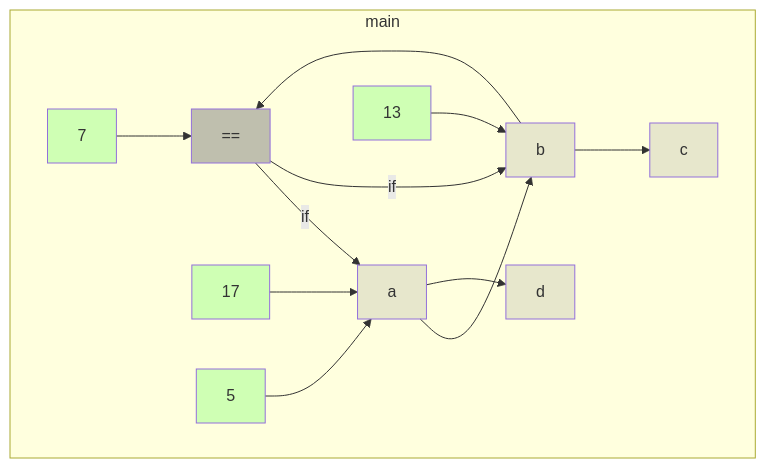
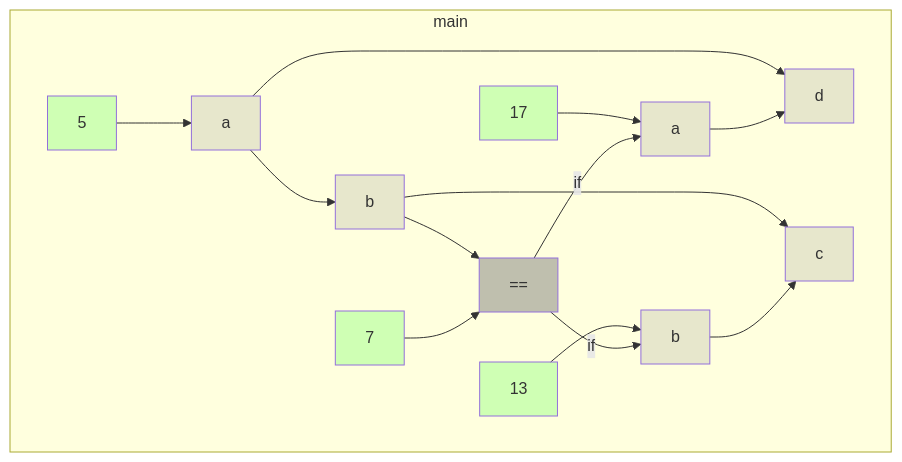
Before and after one commit to gstiebler/codeflow: the diagram in app/src/test/resources/if1/spike-truth.md, drawn with Mermaid. The commit also changed 46 other files, not shown here.

````diff
--- a/app/src/test/resources/if1/spike-truth.md
+++ b/app/src/test/resources/if1/spike-truth.md
@@ -3,31 +3,35 @@
 ```mermaid
 flowchart TD
   subgraph m0["main"]
     n0["=="]:::BIN_OP
     n1["13"]:::LITERAL
     n2["17"]:::LITERAL
     n3["5"]:::LITERAL
     n4["7"]:::LITERAL
     n5["a"]:::VARIABLE
-    n6["b"]:::VARIABLE
-    n7["c"]:::VARIABLE
-    n8["d"]:::VARIABLE
+    n6["a"]:::VARIABLE
+    n7["b"]:::VARIABLE
+    n8["b"]:::VARIABLE
+    n9["c"]:::VARIABLE
+    n10["d"]:::VARIABLE
   end
   n0 -->|if| n5
-  n0 -->|if| n6
-  n1 --> n6
+  n0 -->|if| n7
+  n1 --> n7
   n2 --> n5
-  n3 --> n5
+  n3 --> n6
   n4 --> n0
-  n5 --> n6
-  n5 --> n8
-  n6 --> n0
-  n6 --> n7
+  n5 --> n10
+  n6 --> n10
+  n6 --> n8
+  n7 --> n9
+  n8 --> n0
+  n8 --> n9
   classDef LITERAL fill:#00FF0030
   classDef VARIABLE fill:#80808030
   classDef BIN_OP fill:#80808080
   classDef FUNC_PARAM fill:#8080FF30
   classDef RETURN fill:#FF808080
   classDef EXTERNAL fill:#FFA50040
   classDef UNMODELLED fill:#FF000030,stroke-dasharray: 4 2
 ```
````
